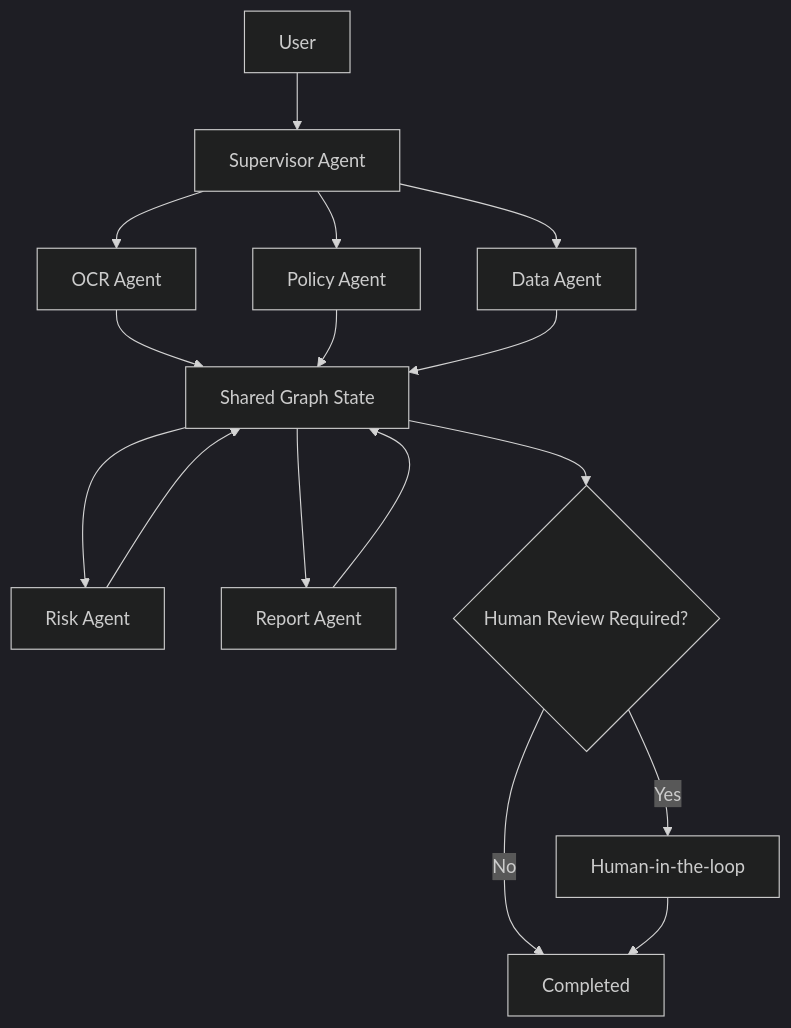
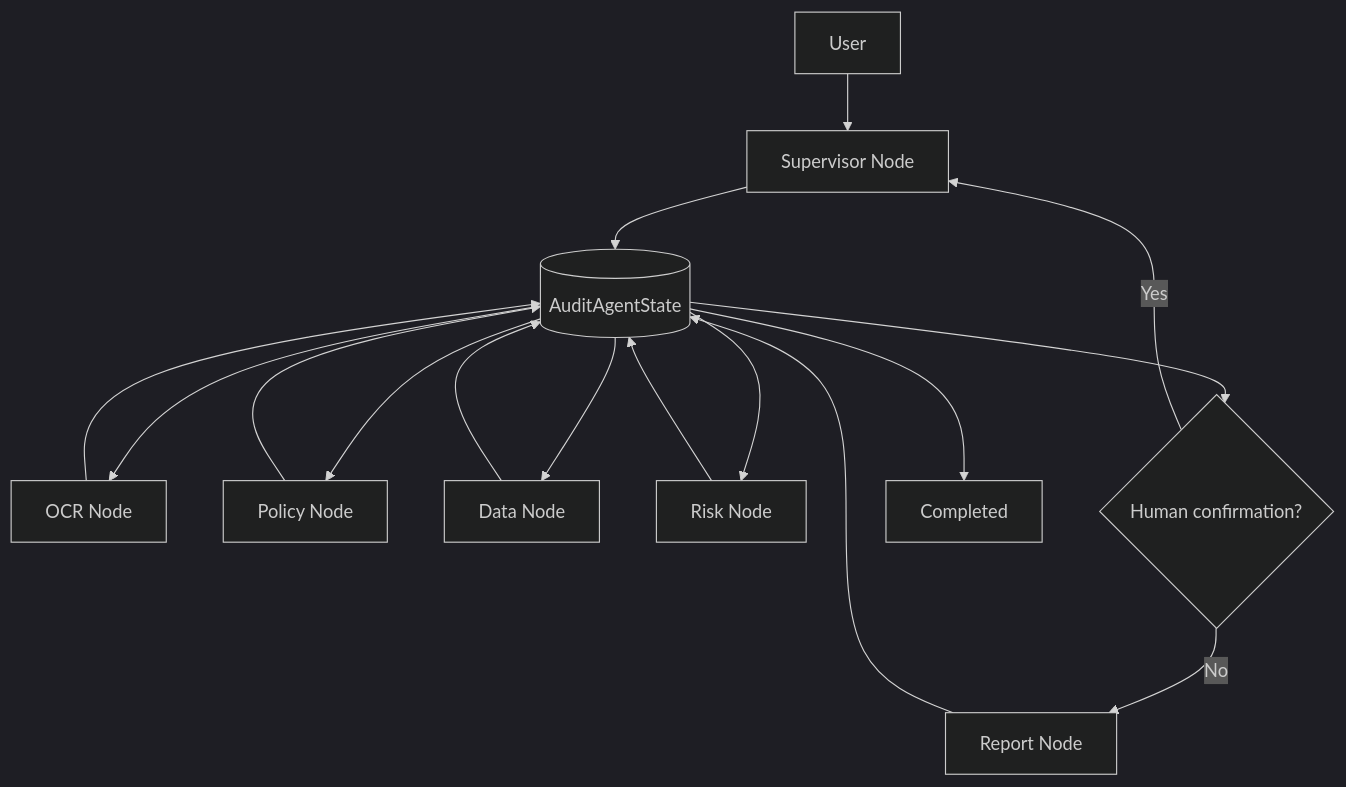
The ninth of 9 diagrams in README.md (Chuan1130/invoice-agent-system), drawn with Mermaid (dark theme) before and after one commit. The commit also changed other lines of this file and 1 other file, not shown here.

Commit message:
docs: visualize Agent Runtime v1.0 and runtime guards

````diff
--- a/README.md
+++ b/README.md
@@ -976,36 +978,34 @@
 ```mermaid
 flowchart TD
     U[User]
-    S[Supervisor Agent]
-
-    O[OCR Agent]
-    P[Policy Agent]
-    D[Data Agent]
-    R[Risk Agent]
-    G[Report Agent]
-
-    STATE[Shared Graph State]
-    H{Human Review Required?}
-    HUMAN[Human-in-the-loop]
+    S[Supervisor Node]
+    STATE[(AuditAgentState)]
+    OCR[OCR Node]
+    POLICY[Policy Node]
+    DATA[Data Node]
+    RISK[Risk Node]
+    HUMAN{Human confirmation?}
+    REPORT[Report Node]
     DONE[Completed]
 
     U --> S
+    S --> STATE
 
-    S --> O
-    S --> P
-    S --> D
+    STATE --> OCR
+    STATE --> POLICY
+    STATE --> DATA
 
-    O --> STATE
-    P --> STATE
-    D --> STATE
+    OCR --> STATE
+    POLICY --> STATE
+    DATA --> STATE
 
-    STATE --> R
-    R --> STATE
-    STATE --> G
-    G --> STATE
+    STATE --> RISK
+    RISK --> STATE
 
-    STATE --> H
-    H -->|No| DONE
-    H -->|Yes| HUMAN
-    HUMAN --> DONE
+    STATE --> HUMAN
+    HUMAN -->|No| REPORT
+    HUMAN -->|Yes| S
+
+    REPORT --> STATE
+    STATE --> DONE
 ```
````
